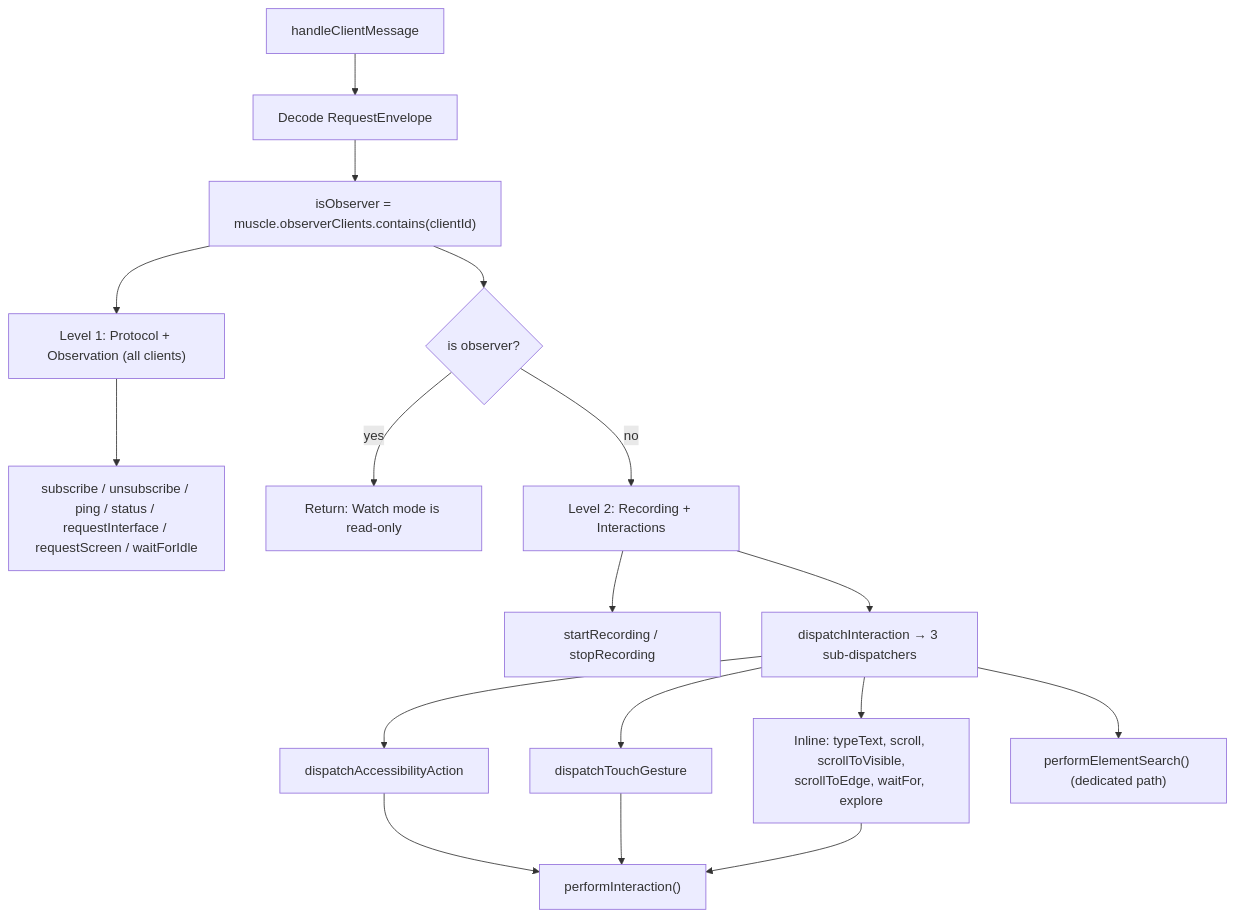
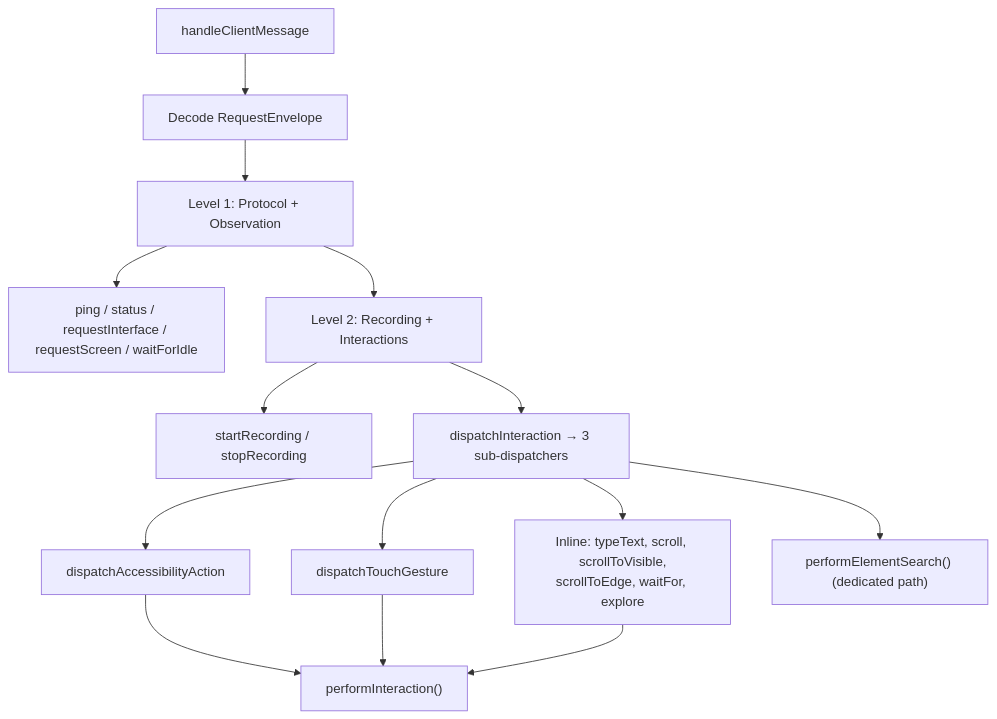
One commit to RoyalPineapple/TheButtonHeist changed the third of 6 diagrams in docs/dossiers/06-THEINSIDEJOB.md. Above: the diagram before and after it, drawn with Mermaid. The commit also changed other lines of this file and 35 other files, not shown here.

````diff
--- a/docs/dossiers/06-THEINSIDEJOB.md
+++ b/docs/dossiers/06-THEINSIDEJOB.md
@@ -107,25 +107,21 @@
 ```mermaid
 flowchart TD
     Receive["handleClientMessage"]
     Receive --> Decode["Decode RequestEnvelope"]
-    Decode --> ObsCheck["isObserver = muscle.observerClients.contains(clientId)"]
+    Decode --> Level1["Level 1: Protocol + Observation"]
 
-    ObsCheck --> Level1["Level 1: Protocol + Observation (all clients)"]
-    Level1 --> L1Cases["subscribe / unsubscribe / ping / status / requestInterface / requestScreen / waitForIdle"]
-
-    ObsCheck --> ObsGate{"is observer?"}
-    ObsGate -->|yes| ReadOnly["Return: Watch mode is read-only"]
-    ObsGate -->|no| Level2["Level 2: Recording + Interactions"]
+    Level1 --> L1Cases["ping / status / requestInterface / requestScreen / waitForIdle"]
+    Level1 --> Level2["Level 2: Recording + Interactions"]
 
     Level2 --> RecCases["startRecording / stopRecording"]
     Level2 --> DispatchInt["dispatchInteraction → 3 sub-dispatchers"]
 
     DispatchInt --> AccDisp["dispatchAccessibilityAction"]
     DispatchInt --> TouchDisp["dispatchTouchGesture"]
     DispatchInt --> Inline["Inline: typeText, scroll, scrollToVisible,<br/>scrollToEdge, waitFor, explore"]
     DispatchInt --> Search["performElementSearch() (dedicated path)"]
 
     AccDisp --> Perform["performInteraction()"]
     TouchDisp --> Perform
     Inline --> Perform
 ```
````
